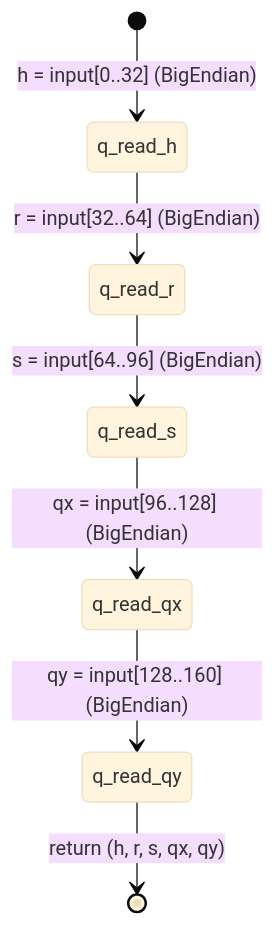
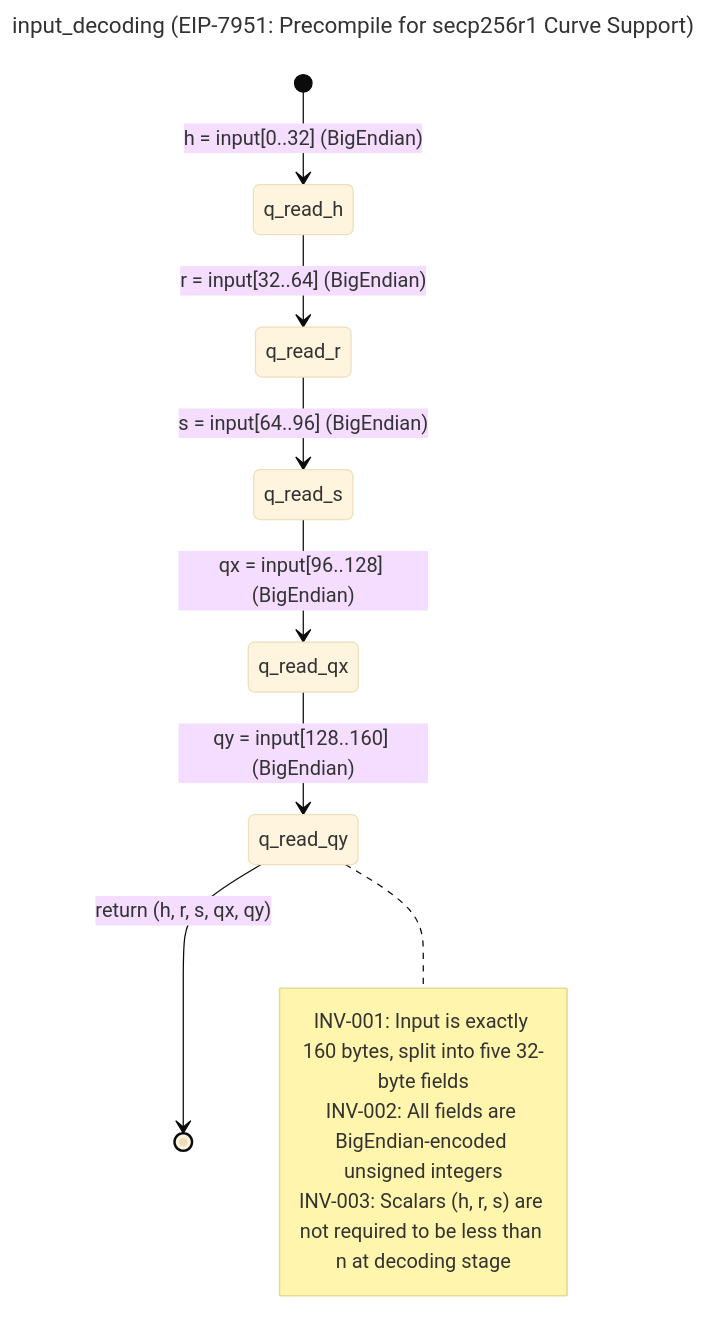
Before and after one commit to NyxFoundation/speca: the diagram in outputs/graphs/W0B1_1770278556/EIP-7951/SG-005_input_decoding.mmd, drawn with Mermaid (base theme). The commit also changed 144 other files, not shown here.

```diff
--- a/outputs/graphs/W0B1_1770278556/EIP-7951/SG-005_input_decoding.mmd
+++ b/outputs/graphs/W0B1_1770278556/EIP-7951/SG-005_input_decoding.mmd
@@ -1,8 +1,16 @@
+---
+title: "input_decoding (EIP-7951: Precompile for secp256r1 Curve Support)"
+---
 stateDiagram-v2
     direction TB
     [*] --> q_read_h: h = input[0..32] (BigEndian)
     q_read_h --> q_read_r: r = input[32..64] (BigEndian)
     q_read_r --> q_read_s: s = input[64..96] (BigEndian)
     q_read_s --> q_read_qx: qx = input[96..128] (BigEndian)
     q_read_qx --> q_read_qy: qy = input[128..160] (BigEndian)
     q_read_qy --> [*]: return (h, r, s, qx, qy)
+    note right of q_read_qy
+        INV-001: Input is exactly 160 bytes, split into five 32-byte fields
+        INV-002: All fields are BigEndian-encoded unsigned integers
+        INV-003: Scalars (h, r, s) are not required to be less than n at decoding stage
+    end note
```
